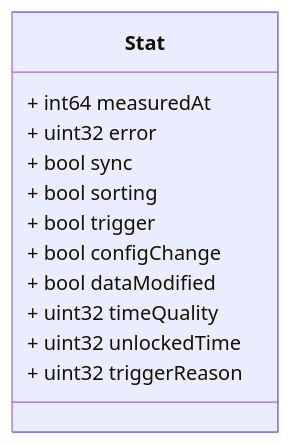
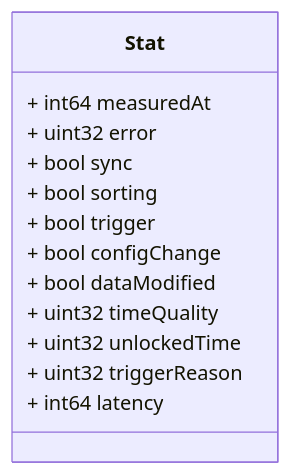
One commit to zaphiro-technologies/protobuf changed the diagram in docs/c37118/v1/stat.proto.md. Above: the diagram before and after it, drawn with Mermaid. The commit also changed other lines of this file and 3 other files, not shown here.

````diff
--- a/docs/c37118/v1/stat.proto.md
+++ b/docs/c37118/v1/stat.proto.md
@@ -26,25 +26,26 @@
 ```mermaid
 classDiagram
 direction LR
 
 %% A Stat of PMU data, check IEEE C37.118 standard for more details.
 %% Headers used in rabbitMQ:
 %% * `id` (string): id of the `Stat` message.
 %% * `producerId` (string): the id of the producer (e.g. a PMU) linked to the dataset.
 %% * `timestampId` (int64): related measurement Unix msec timestamp (if any)
 %% 
 
 class Stat {
   + int64 measuredAt
   + uint32 error
   + bool sync
   + bool sorting
   + bool trigger
   + bool configChange
   + bool dataModified
   + uint32 timeQuality
   + uint32 unlockedTime
   + uint32 triggerReason
+  + int64 latency
 }
 
 ```
````
